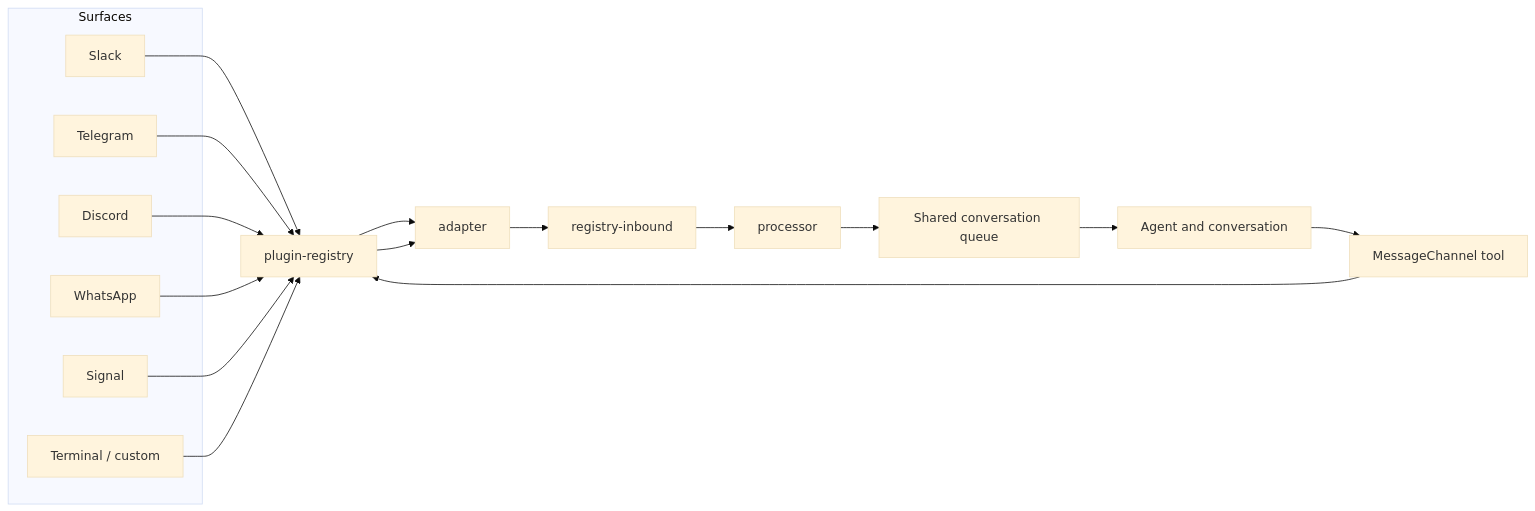
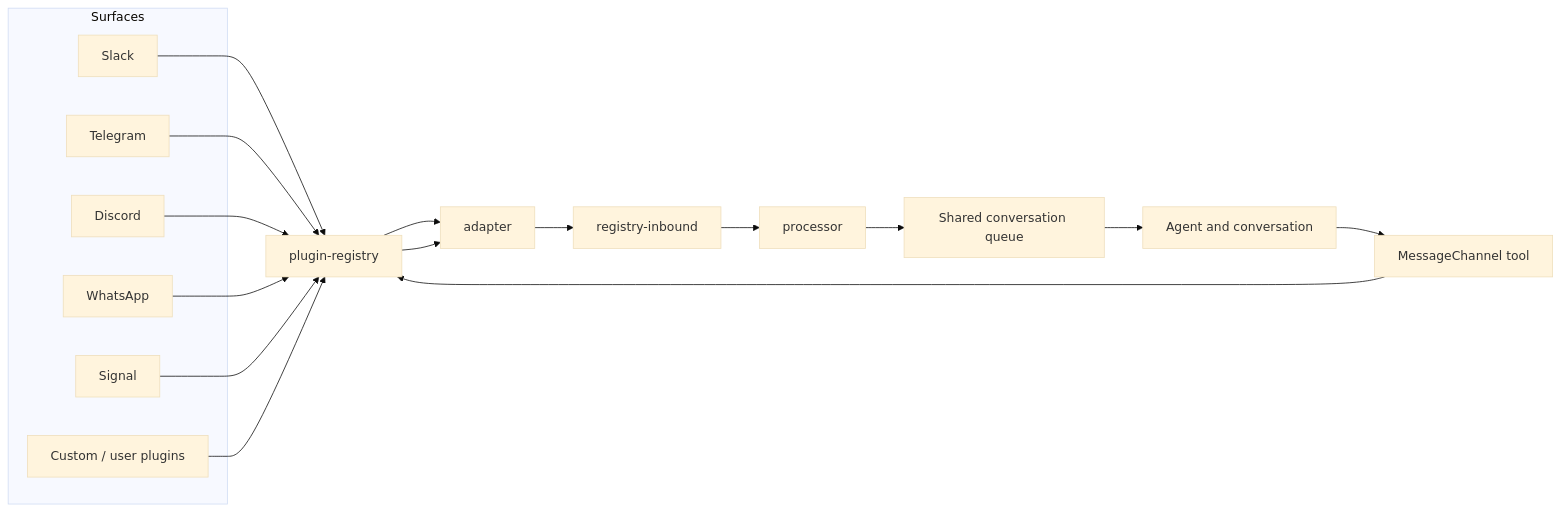
Before and after one commit to joels-sandgarden/letta-docs: the diagram in content/en/docs/07-channels.md, drawn with Mermaid (base theme). The commit also changed other lines of this file and 6 other files, not shown here.

````diff
--- a/content/en/docs/07-channels.md
+++ b/content/en/docs/07-channels.md
@@ -38,28 +38,28 @@
 ```mermaid
 graph LR
   subgraph Surfaces["Surfaces"]
     S1[Slack]
     S2[Telegram]
     S3[Discord]
     S4[WhatsApp]
     S5[Signal]
-    S6[Terminal / custom]
+    S6[Custom / user plugins]
   end
 
   PR[plugin-registry]
   AD[adapter]
   IN[registry-inbound]
   PX[processor]
   Q[Shared conversation queue]
   AG[Agent and conversation]
   MC[MessageChannel tool]
 
   S1 --> PR
   S2 --> PR
   S3 --> PR
   S4 --> PR
   S5 --> PR
   S6 --> PR
   PR --> AD --> IN --> PX --> Q --> AG
   AG --> MC --> PR --> AD
 ```
````
